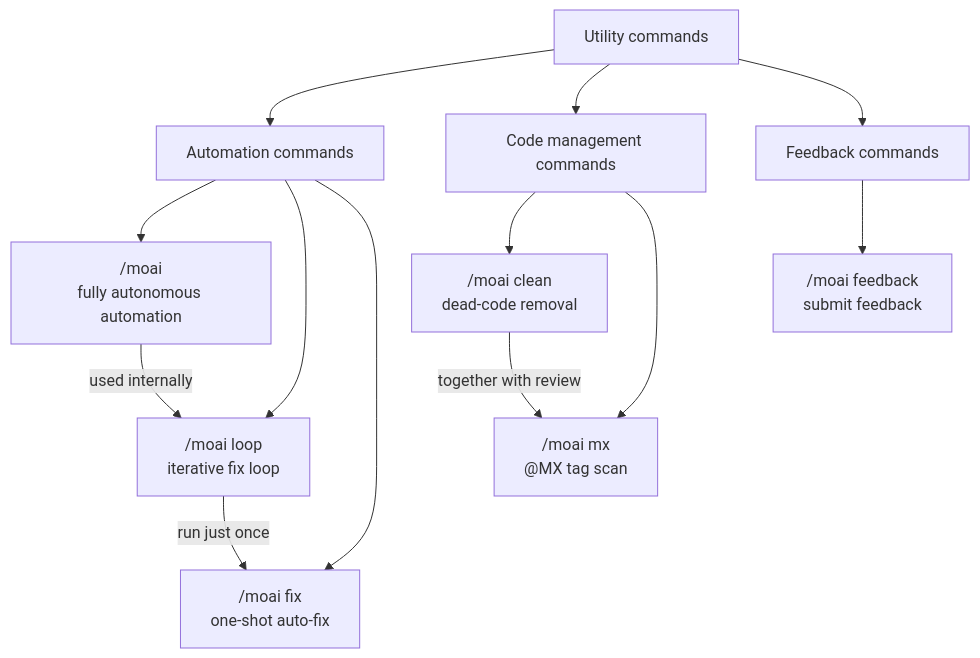
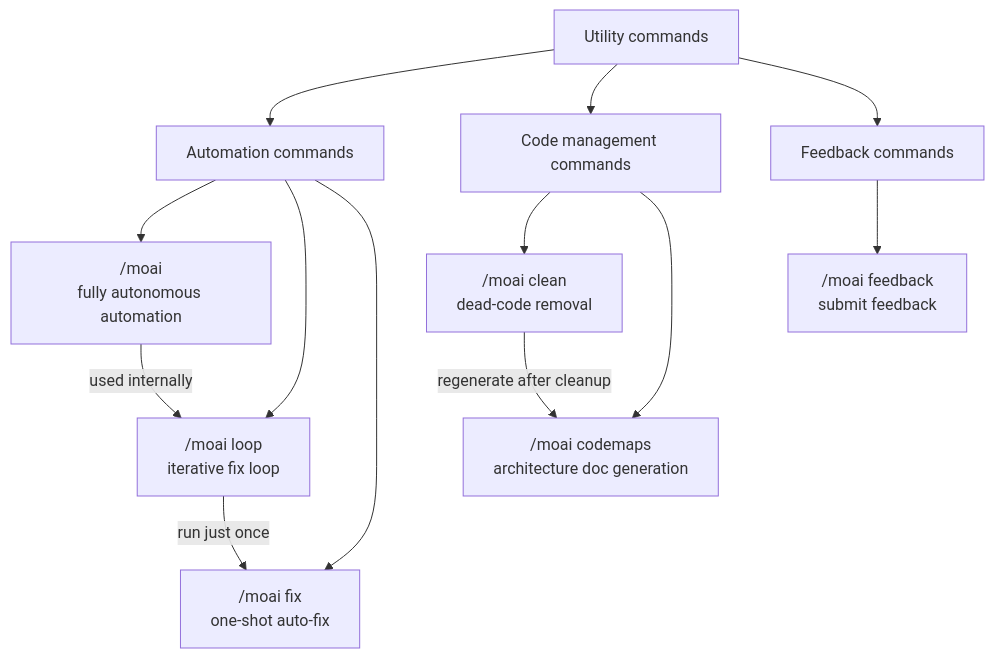
Before and after one commit to modu-ai/moai-adk: the diagram in docs-site/content/en/utility-commands/_index.md, drawn with Mermaid. The commit also changed other lines of this file and 100 other files, not shown here.

````diff
--- a/docs-site/content/en/utility-commands/_index.md
+++ b/docs-site/content/en/utility-commands/_index.md
@@ -31,17 +31,17 @@
 ```mermaid
 flowchart TD
     A[Utility commands] --> B[Automation commands]
     A --> C[Code management commands]
     A --> D[Feedback commands]
 
     B --> E["/moai<br/>fully autonomous automation"]
     B --> F["/moai loop<br/>iterative fix loop"]
     B --> G["/moai fix<br/>one-shot auto-fix"]
     C --> H["/moai clean<br/>dead-code removal"]
-    C --> I["/moai mx<br/>@MX tag scan"]
+    C --> I["/moai codemaps<br/>architecture doc generation"]
     D --> J["/moai feedback<br/>submit feedback"]
 
     E -->|used internally| F
     F -->|run just once| G
-    H -->|together with review| I
+    H -->|regenerate after cleanup| I
 ```
````
